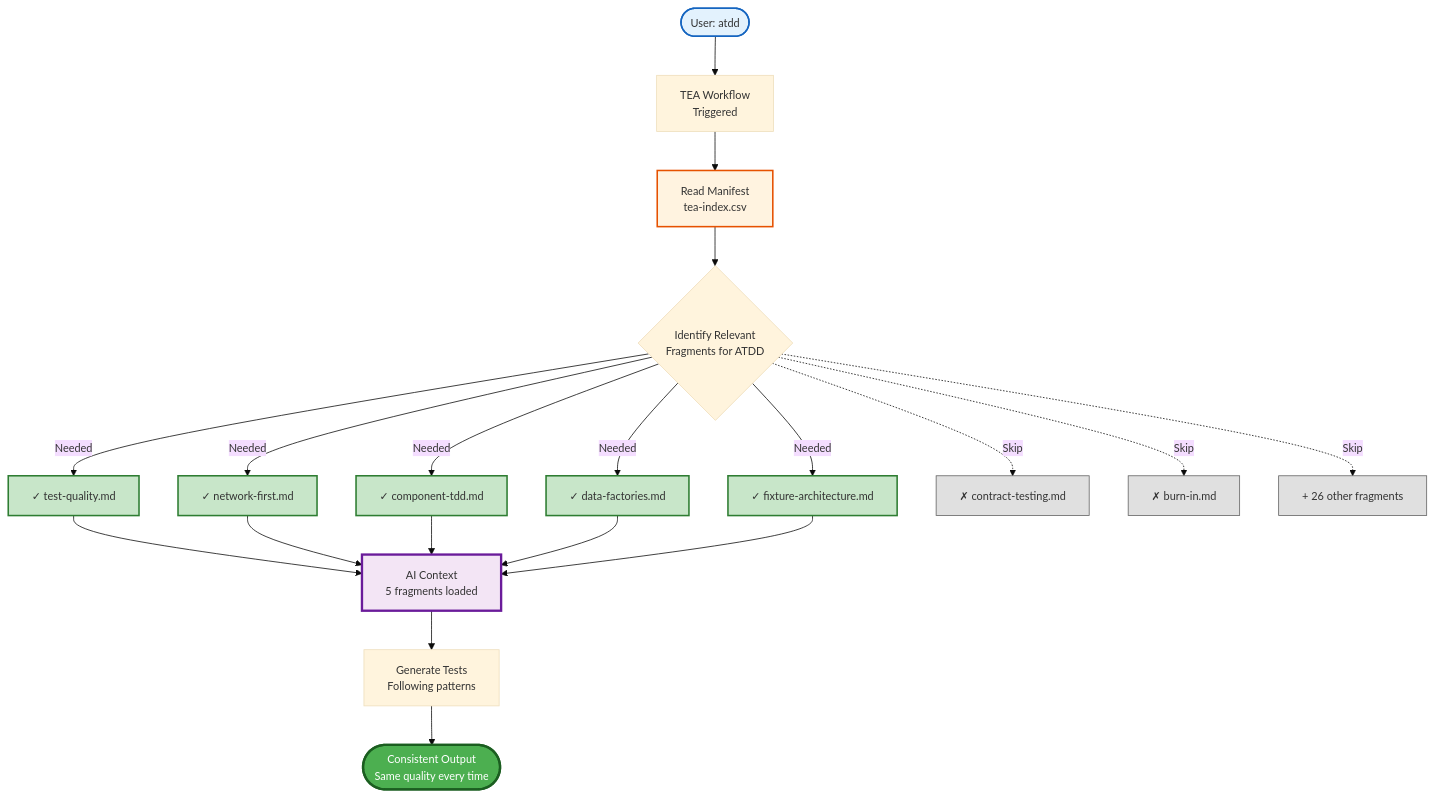
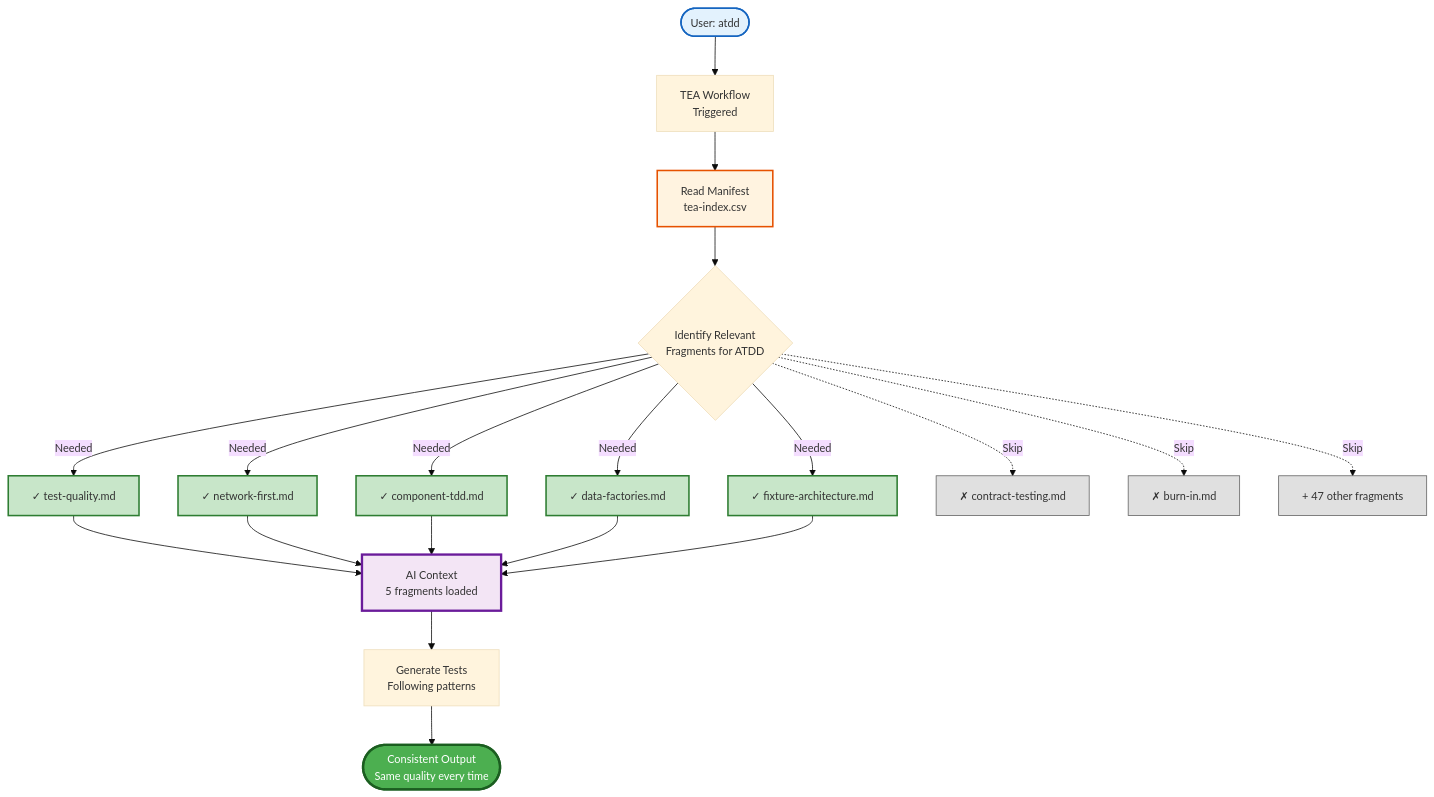
One commit to bmad-code-org/bmad-method-test-architecture-enterprise changed the diagram in docs/explanation/knowledge-base-system.md. Above: the diagram before and after it, drawn with Mermaid. The commit also changed other lines of this file and 140 other files, not shown here.

````diff
--- a/docs/explanation/knowledge-base-system.md
+++ b/docs/explanation/knowledge-base-system.md
@@ -131,40 +29,40 @@
 ```mermaid
 %%{init: {'theme':'base', 'themeVariables': { 'fontSize':'14px'}}}%%
 flowchart TD
     User([User: atdd]) --> Workflow[TEA Workflow<br/>Triggered]
     Workflow --> Read[Read Manifest<br/>tea-index.csv]
 
     Read --> Identify{Identify Relevant<br/>Fragments for ATDD}
 
     Identify -->|Needed| L1[✓ test-quality.md]
     Identify -->|Needed| L2[✓ network-first.md]
     Identify -->|Needed| L3[✓ component-tdd.md]
     Identify -->|Needed| L4[✓ data-factories.md]
     Identify -->|Needed| L5[✓ fixture-architecture.md]
 
     Identify -.->|Skip| S1[✗ contract-testing.md]
     Identify -.->|Skip| S2[✗ burn-in.md]
-    Identify -.->|Skip| S3[+ 26 other fragments]
+    Identify -.->|Skip| S3[+ 47 other fragments]
 
     L1 --> Context[AI Context<br/>5 fragments loaded]
     L2 --> Context
     L3 --> Context
     L4 --> Context
     L5 --> Context
 
     Context --> Gen[Generate Tests<br/>Following patterns]
     Gen --> Out([Consistent Output<br/>Same quality every time])
 
     style User fill:#e3f2fd,stroke:#1565c0,stroke-width:2px
     style Read fill:#fff3e0,stroke:#e65100,stroke-width:2px
     style L1 fill:#c8e6c9,stroke:#2e7d32,stroke-width:2px
     style L2 fill:#c8e6c9,stroke:#2e7d32,stroke-width:2px
     style L3 fill:#c8e6c9,stroke:#2e7d32,stroke-width:2px
     style L4 fill:#c8e6c9,stroke:#2e7d32,stroke-width:2px
     style L5 fill:#c8e6c9,stroke:#2e7d32,stroke-width:2px
     style S1 fill:#e0e0e0,stroke:#616161,stroke-width:1px
     style S2 fill:#e0e0e0,stroke:#616161,stroke-width:1px
     style S3 fill:#e0e0e0,stroke:#616161,stroke-width:1px
     style Context fill:#f3e5f5,stroke:#6a1b9a,stroke-width:3px
     style Out fill:#4caf50,stroke:#1b5e20,stroke-width:3px,color:#fff
 ```
````
